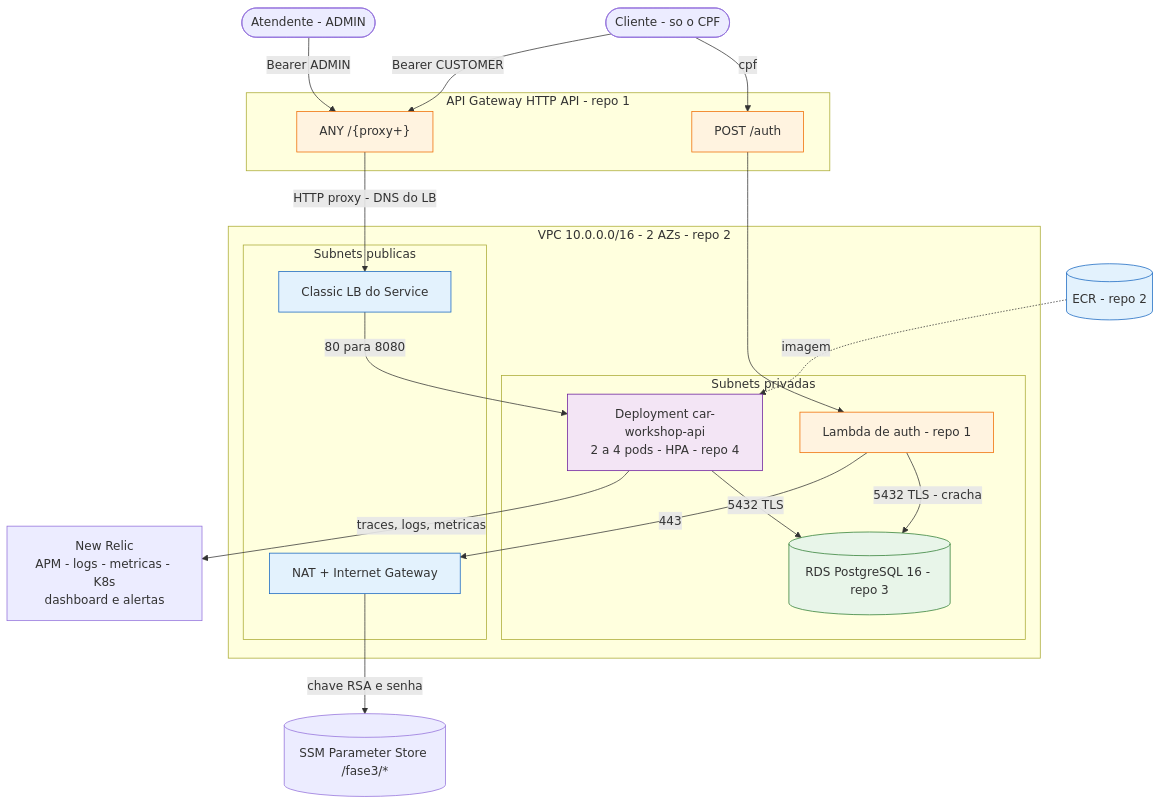
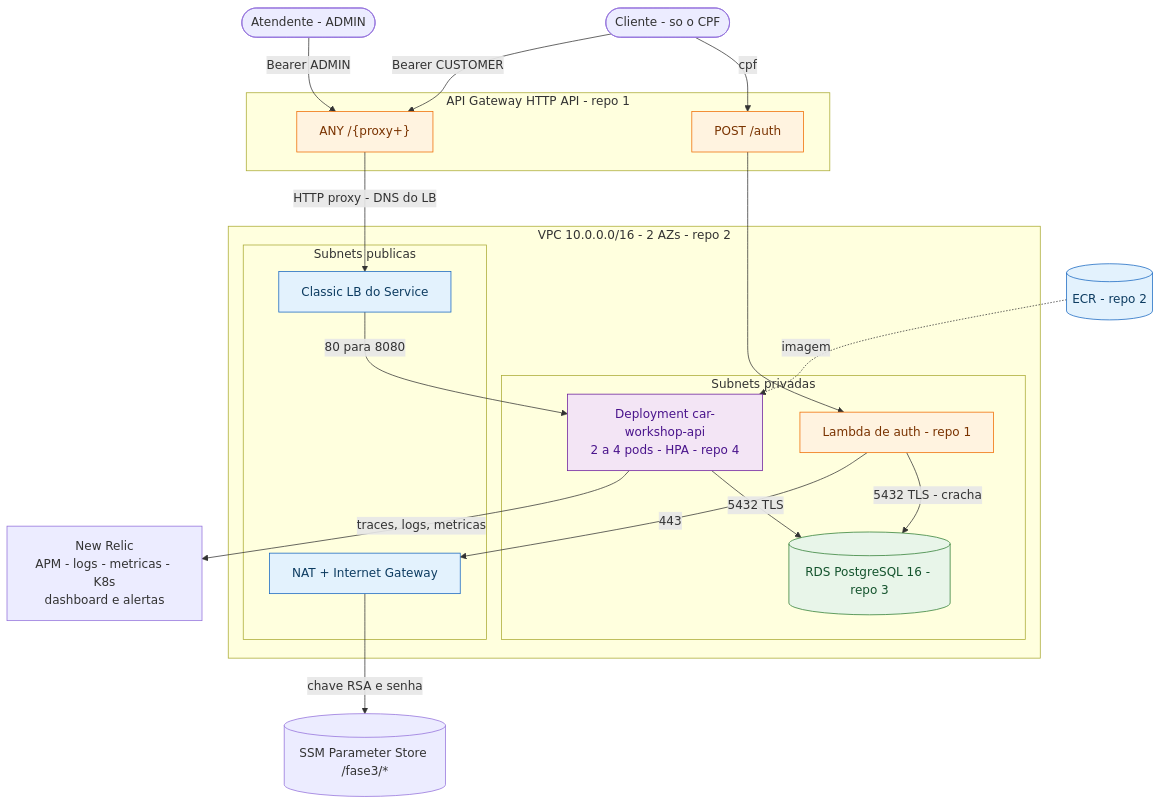
One commit to CleytonOngaratto/fiap-fase3-app changed the first of 2 diagrams in docs/arquitetura/componentes.md. Above: the diagram before and after it, drawn with Mermaid. The commit also changed 1 other file, not shown here.

Commit message:
docs: publish the demo video link and fix diagram label contrast

````diff
--- a/docs/arquitetura/componentes.md
+++ b/docs/arquitetura/componentes.md
@@ -10,48 +10,48 @@
 ```mermaid
 flowchart TB
     CLI(["Cliente - so o CPF"])
     ADM(["Atendente - ADMIN"])
 
     subgraph GW["API Gateway HTTP API - repo 1"]
         R1["POST /auth"]
         R2["ANY /{proxy+}"]
     end
 
     subgraph VPC["VPC 10.0.0.0/16 - 2 AZs - repo 2"]
         subgraph PUB["Subnets publicas"]
             CLB["Classic LB do Service"]
             NAT["NAT + Internet Gateway"]
         end
         subgraph PRIV["Subnets privadas"]
             APP["Deployment car-workshop-api<br>2 a 4 pods - HPA - repo 4"]
             LBD["Lambda de auth - repo 1"]
             RDS[("RDS PostgreSQL 16 - repo 3")]
         end
     end
 
     ECR[("ECR - repo 2")]
     SSM[("SSM Parameter Store /fase3/*")]
     NR["New Relic<br>APM - logs - metricas - K8s<br>dashboard e alertas"]
 
     CLI -->|"cpf"| R1
     CLI -->|"Bearer CUSTOMER"| R2
     ADM -->|"Bearer ADMIN"| R2
     R1 --> LBD
     R2 -->|"HTTP proxy - DNS do LB"| CLB
     CLB -->|"80 para 8080"| APP
     ECR -.->|"imagem"| APP
     APP -->|"5432 TLS"| RDS
     LBD -->|"5432 TLS - cracha"| RDS
     LBD -->|"443"| NAT
     NAT -->|"chave RSA e senha"| SSM
     APP -->|"traces, logs, metricas"| NR
 
-    classDef r1 fill:#fff3e0,stroke:#ef6c00
-    classDef r2 fill:#e3f2fd,stroke:#1565c0
-    classDef r3 fill:#e8f5e9,stroke:#2e7d32
-    classDef r4 fill:#f3e5f5,stroke:#6a1b9a
+    classDef r1 fill:#fff3e0,stroke:#ef6c00,color:#7a3300
+    classDef r2 fill:#e3f2fd,stroke:#1565c0,color:#0d3c61
+    classDef r3 fill:#e8f5e9,stroke:#2e7d32,color:#14532d
+    classDef r4 fill:#f3e5f5,stroke:#6a1b9a,color:#4a148c
     class R1,R2,LBD r1
     class CLB,NAT,ECR r2
     class RDS r3
     class APP r4
 ```
````
